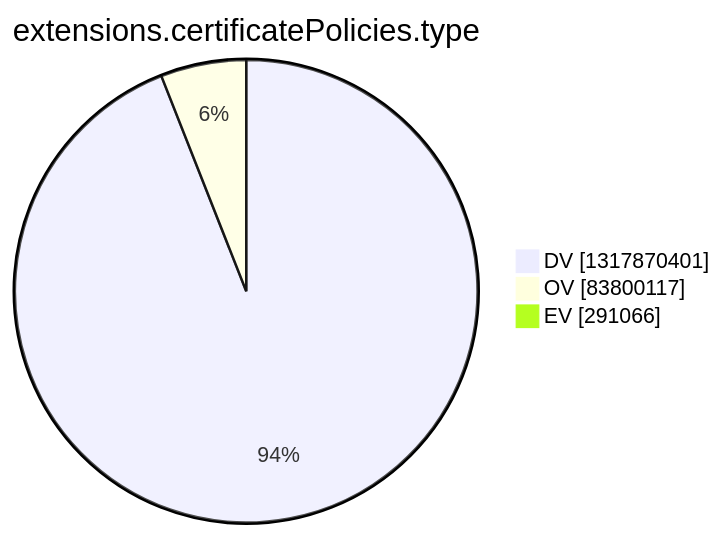
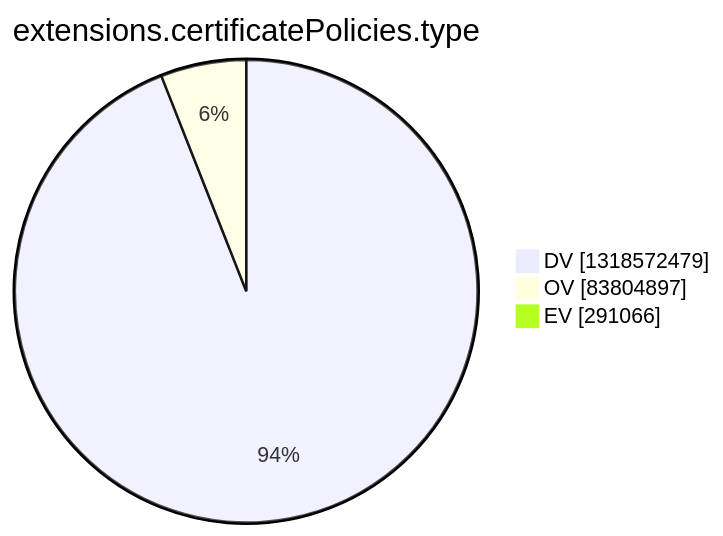
The tenth of 15 diagrams in argon2022/README.md (christiankrug/ctmonitor_visualization), drawn with Mermaid before and after one commit. The commit also changed other lines of this file, not shown here.

````diff
--- a/argon2022/README.md
+++ b/argon2022/README.md
@@ -2772,7 +2772,7 @@
 ```mermaid
 pie showData
 title extensions.certificatePolicies.type
-"DV" :1317870401
-"OV" :83800117
+"DV" :1318572479
+"OV" :83804897
 "EV" :291066
 ```
````
